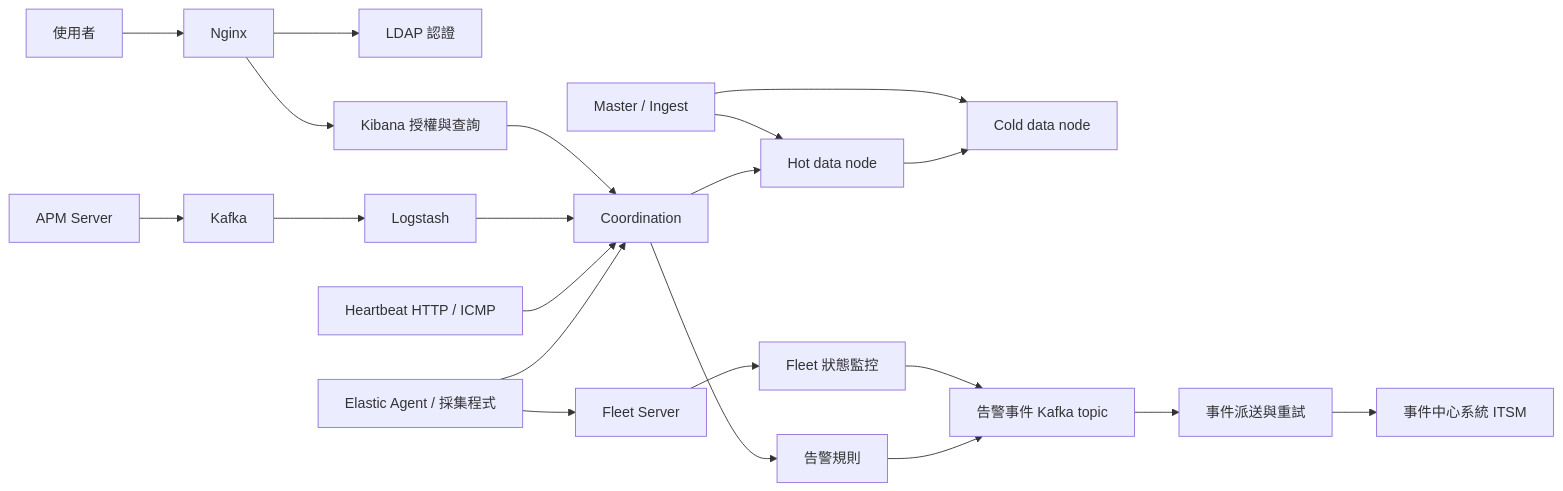
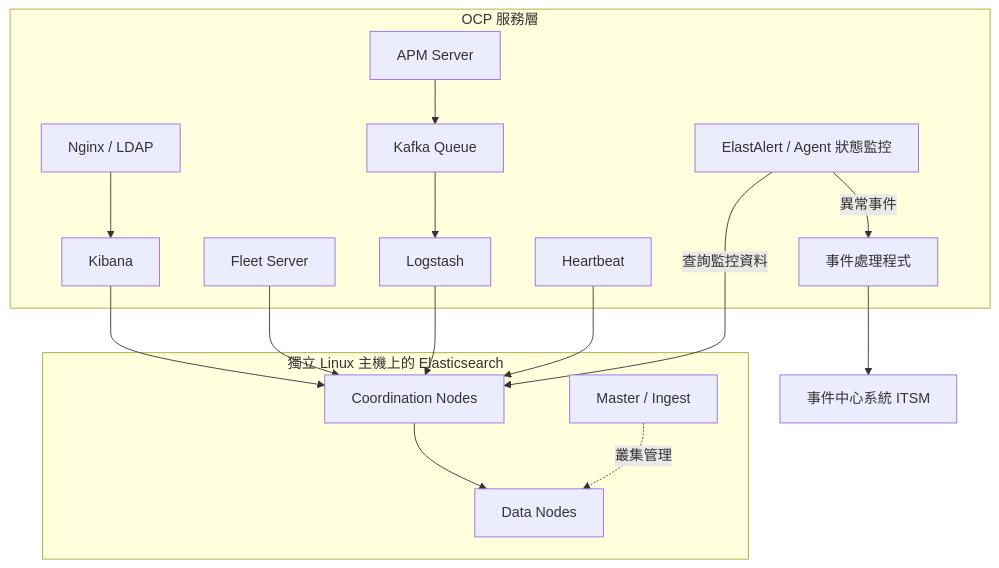
Before and after one commit to bigwind123/Nextbank-monitoring: the first of 3 diagrams in README.md, drawn with Mermaid. The commit also changed other lines of this file and 287 other files, not shown here.

Commit message:
Publish original de-identified monitoring sources and architecture

````diff
--- a/README.md
+++ b/README.md
@@ -13,23 +15,29 @@
 ```mermaid
-flowchart LR
-    U[使用者] --> N[Nginx]
-    N --> L[LDAP 認證]
-    N --> K[Kibana 授權與查詢]
-    A[Elastic Agent / 採集程式] --> F[Fleet Server]
-    A --> C[Coordination]
-    H[Heartbeat HTTP / ICMP] --> C
-    P[APM Server] --> Q[Kafka]
-    Q --> S[Logstash]
-    S --> C
-    K --> C
-    C --> DH[Hot data node]
-    DH --> DC[Cold data node]
-    M[Master / Ingest] --> DH
-    M --> DC
-    C --> R[告警規則]
-    R --> E[告警事件 Kafka topic]
-    F --> FM[Fleet 狀態監控]
-    FM --> E
-    E --> W[事件派送與重試]
-    W --> I[事件中心系統 ITSM]
+flowchart TB
+    subgraph OCP[OCP 服務層]
+        Access[Nginx / LDAP]
+        Kibana[Kibana]
+        Fleet[Fleet Server]
+        APM[APM Server]
+        Kafka[Kafka Queue]
+        Logstash[Logstash]
+        Heartbeat[Heartbeat]
+        Rules[ElastAlert / Agent 狀態監控]
+        Poster[事件處理程式]
+    end
+    subgraph ES[獨立 Linux 主機上的 Elasticsearch]
+        Coord[Coordination Nodes]
+        Master[Master / Ingest]
+        Data[Data Nodes]
+    end
+    Access --> Kibana
+    Kibana --> Coord
+    Fleet --> Coord
+    APM --> Kafka --> Logstash --> Coord
+    Heartbeat --> Coord
+    Coord --> Data
+    Master -. 叢集管理 .-> Data
+    Rules -->|查詢監控資料| Coord
+    Rules -->|異常事件| Poster
+    Poster --> ITSM[事件中心系統 ITSM]
 ```
````
